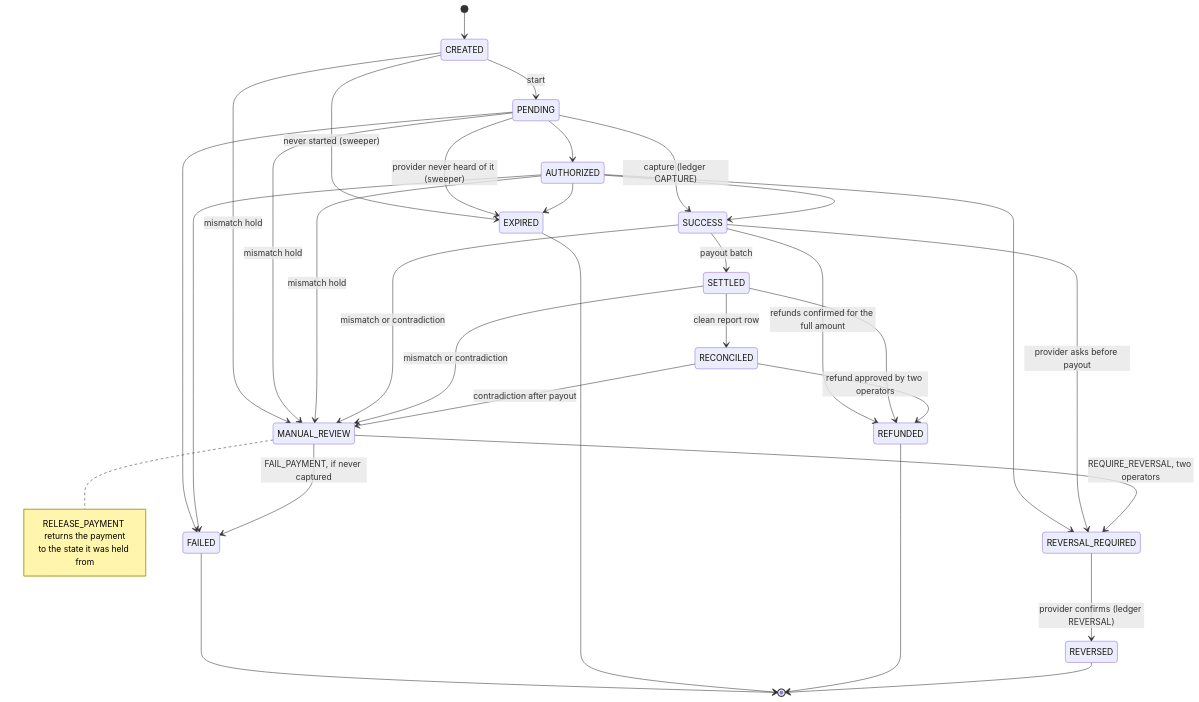
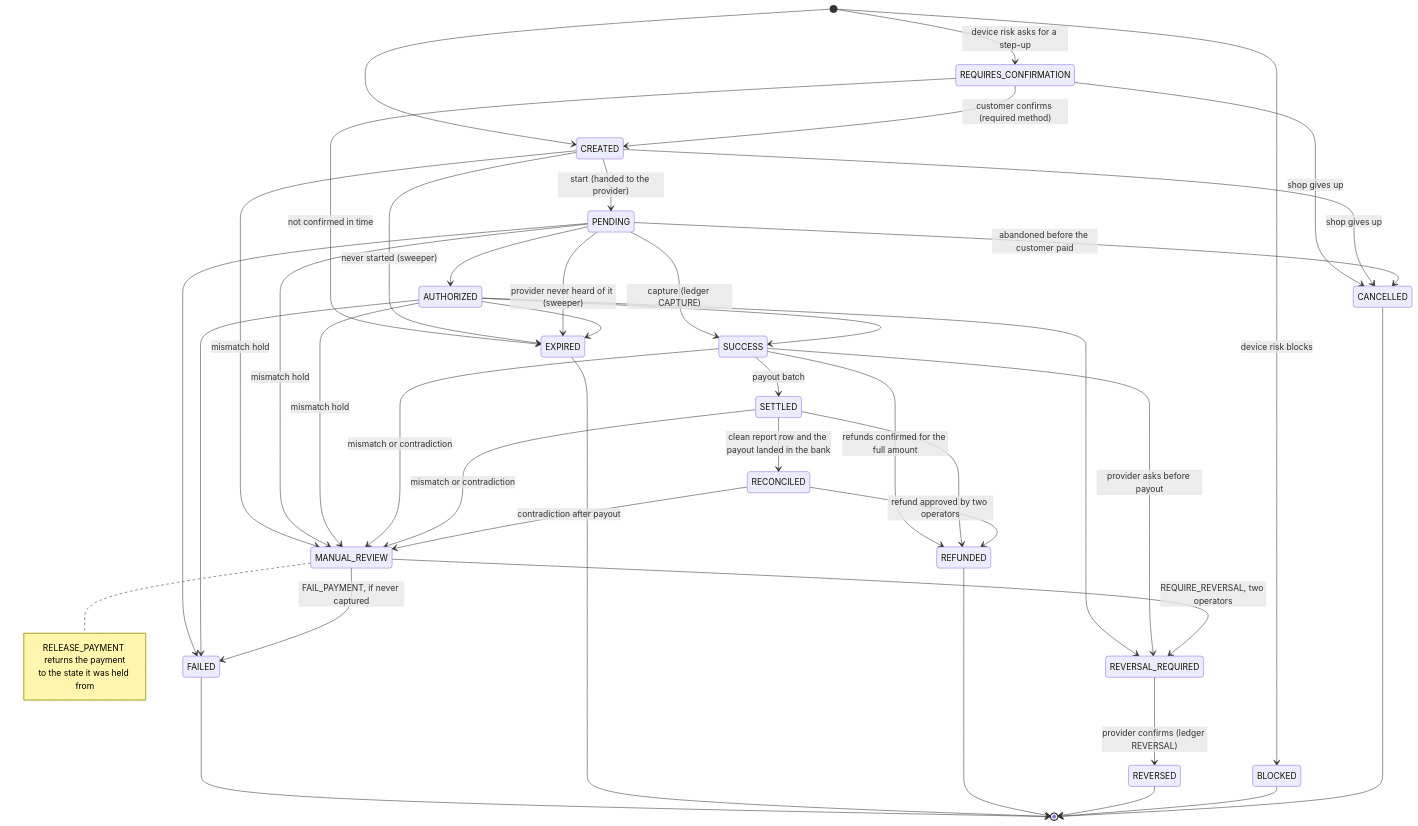
One commit to fattah247/Payflow-reliability changed the second of 2 diagrams in README.md. Above: the diagram before and after it, drawn with Mermaid. The commit also changed other lines of this file, not shown here.

````diff
--- a/README.md
+++ b/README.md
@@ -133,46 +178,56 @@
 ```mermaid
 stateDiagram-v2
     [*] --> CREATED
+    [*] --> REQUIRES_CONFIRMATION: device risk asks for a step-up
+    [*] --> BLOCKED: device risk blocks
 
-    CREATED --> PENDING: start
+    REQUIRES_CONFIRMATION --> CREATED: customer confirms (required method)
+    REQUIRES_CONFIRMATION --> EXPIRED: not confirmed in time
+    REQUIRES_CONFIRMATION --> CANCELLED: shop gives up
+
+    CREATED --> PENDING: start (handed to the provider)
     CREATED --> EXPIRED: never started (sweeper)
+    CREATED --> CANCELLED: shop gives up
+    PENDING --> CANCELLED: abandoned before the customer paid
 
     PENDING --> AUTHORIZED
     PENDING --> SUCCESS: capture (ledger CAPTURE)
     PENDING --> FAILED
     PENDING --> EXPIRED: provider never heard of it (sweeper)
 
     AUTHORIZED --> SUCCESS
     AUTHORIZED --> FAILED
     AUTHORIZED --> EXPIRED
     AUTHORIZED --> REVERSAL_REQUIRED
 
     SUCCESS --> SETTLED: payout batch
     SUCCESS --> REVERSAL_REQUIRED: provider asks before payout
     SUCCESS --> REFUNDED: refunds confirmed for the full amount
 
-    SETTLED --> RECONCILED: clean report row
+    SETTLED --> RECONCILED: clean report row and the payout landed in the bank
     SETTLED --> REFUNDED
     RECONCILED --> REFUNDED: refund approved by two operators
 
     REVERSAL_REQUIRED --> REVERSED: provider confirms (ledger REVERSAL)
 
     CREATED --> MANUAL_REVIEW: mismatch hold
     PENDING --> MANUAL_REVIEW: mismatch hold
     AUTHORIZED --> MANUAL_REVIEW: mismatch hold
     SUCCESS --> MANUAL_REVIEW: mismatch or contradiction
     SETTLED --> MANUAL_REVIEW: mismatch or contradiction
     RECONCILED --> MANUAL_REVIEW: contradiction after payout
 
     MANUAL_REVIEW --> FAILED: FAIL_PAYMENT, if never captured
     MANUAL_REVIEW --> REVERSAL_REQUIRED: REQUIRE_REVERSAL, two operators
     note right of MANUAL_REVIEW
         RELEASE_PAYMENT returns the payment
         to the state it was held from
     end note
 
     FAILED --> [*]
     EXPIRED --> [*]
     REFUNDED --> [*]
     REVERSED --> [*]
+    BLOCKED --> [*]
+    CANCELLED --> [*]
 ```
````
